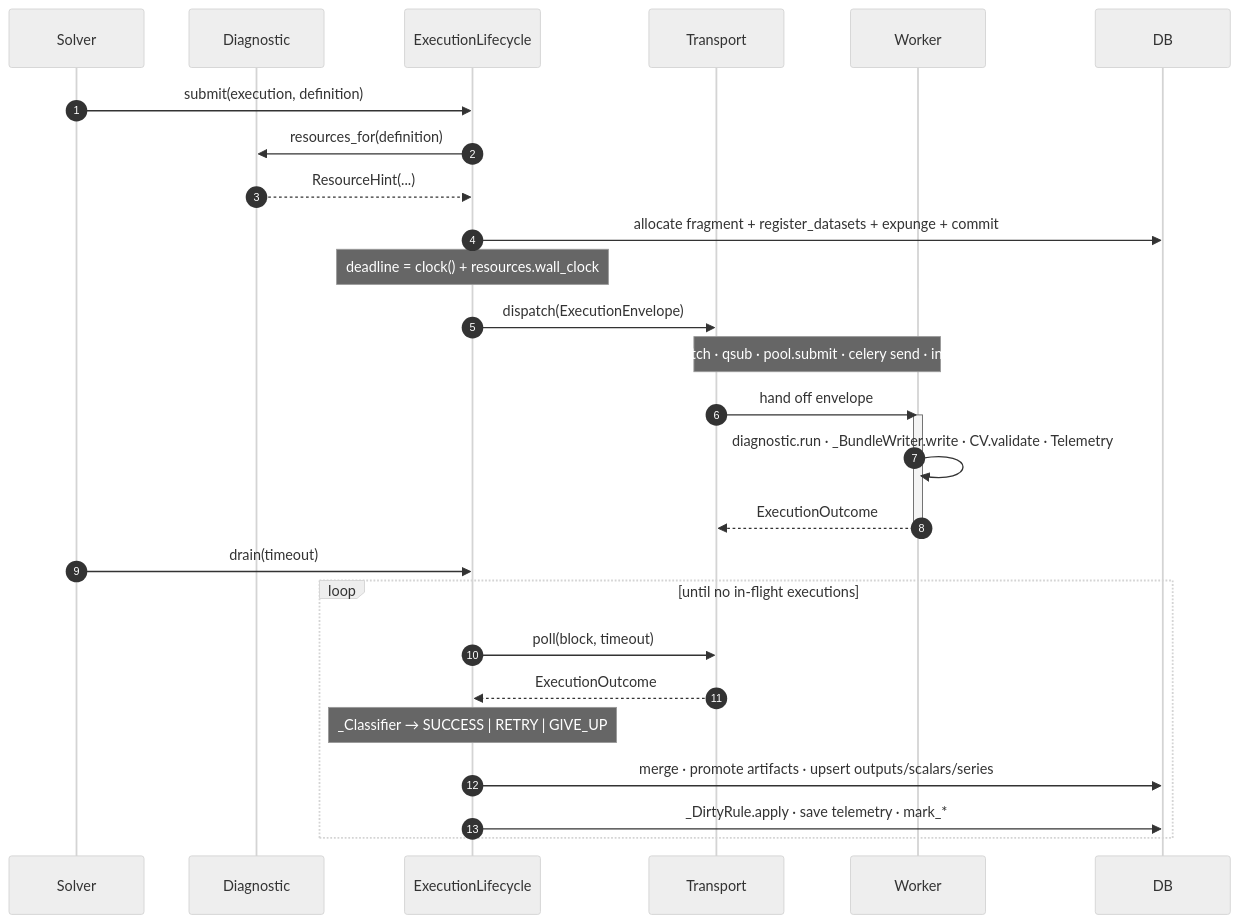
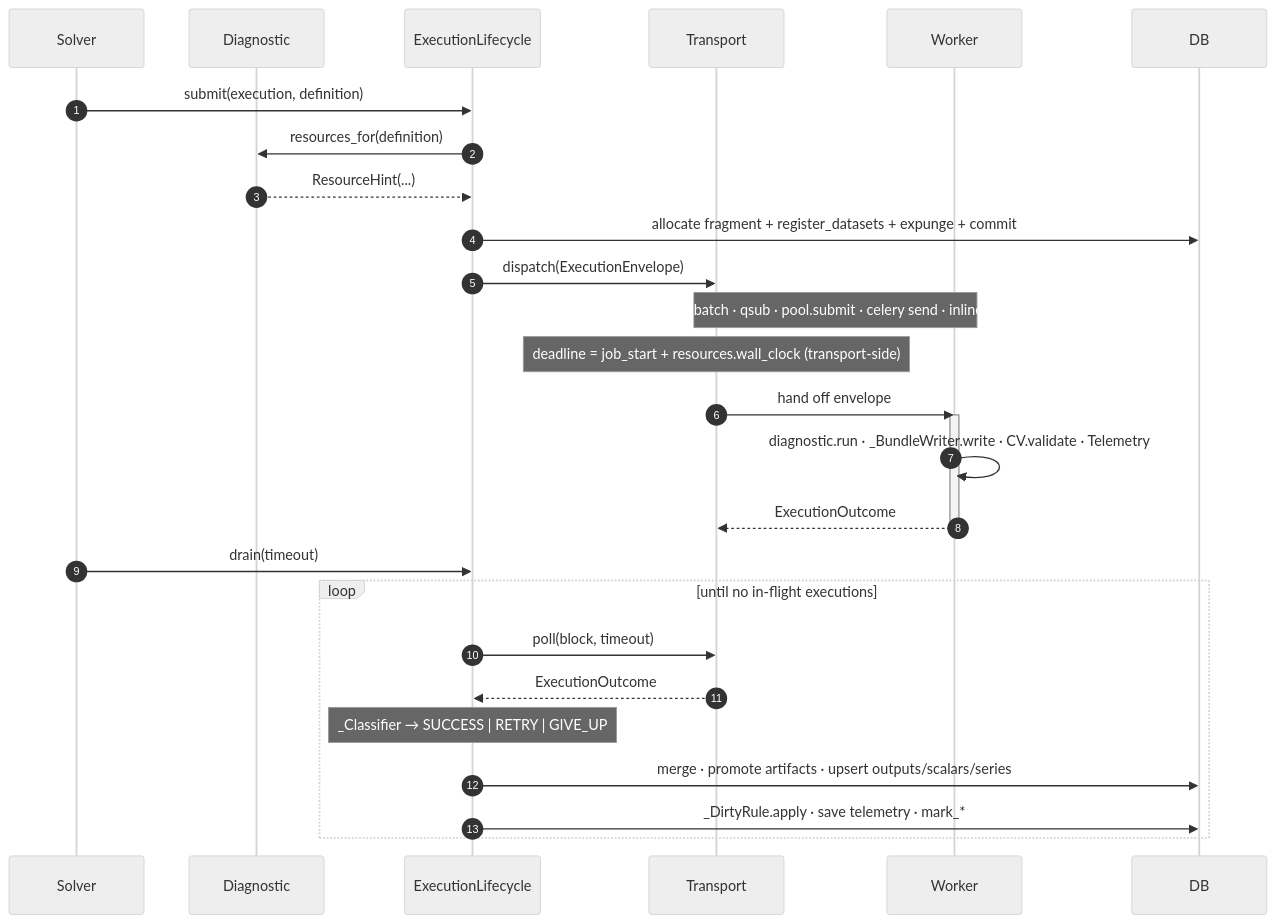
The second of 3 diagrams in text/0003-execution-lifecycle.md (Climate-REF/rfcs), drawn with Mermaid (neutral theme) before and after one commit. The commit also changed other lines of this file, not shown here.

````diff
--- a/text/0003-execution-lifecycle.md
+++ b/text/0003-execution-lifecycle.md
@@ -191,33 +217,33 @@
 ```mermaid
 sequenceDiagram
     autonumber
     participant S as Solver
     participant D as Diagnostic
     participant L as ExecutionLifecycle
     participant T as Transport
     participant W as Worker
     participant DB
 
     S->>L: submit(execution, definition)
     L->>D: resources_for(definition)
     D-->>L: ResourceHint(...)
     L->>DB: allocate fragment + register_datasets + expunge + commit
-    Note over L: deadline = clock() + resources.wall_clock
     L->>T: dispatch(ExecutionEnvelope)
 
     Note over T,W: sbatch · qsub · pool.submit · celery send · inline
+    Note over T: deadline = job_start + resources.wall_clock (transport-side)
     T->>W: hand off envelope
     activate W
     W->>W: diagnostic.run · _BundleWriter.write · CV.validate · Telemetry
     W-->>T: ExecutionOutcome
     deactivate W
 
     S->>L: drain(timeout)
     loop until no in-flight executions
         L->>T: poll(block, timeout)
         T-->>L: ExecutionOutcome
         Note over L: _Classifier → SUCCESS | RETRY | GIVE_UP
         L->>DB: merge · promote artifacts · upsert outputs/scalars/series
         L->>DB: _DirtyRule.apply · save telemetry · mark_*
     end
 ```
````
